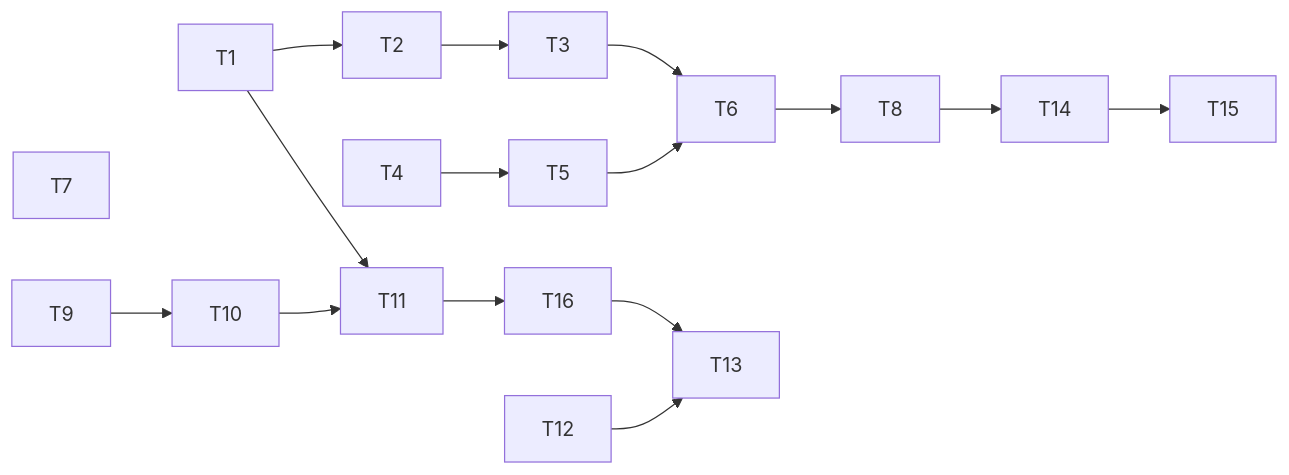
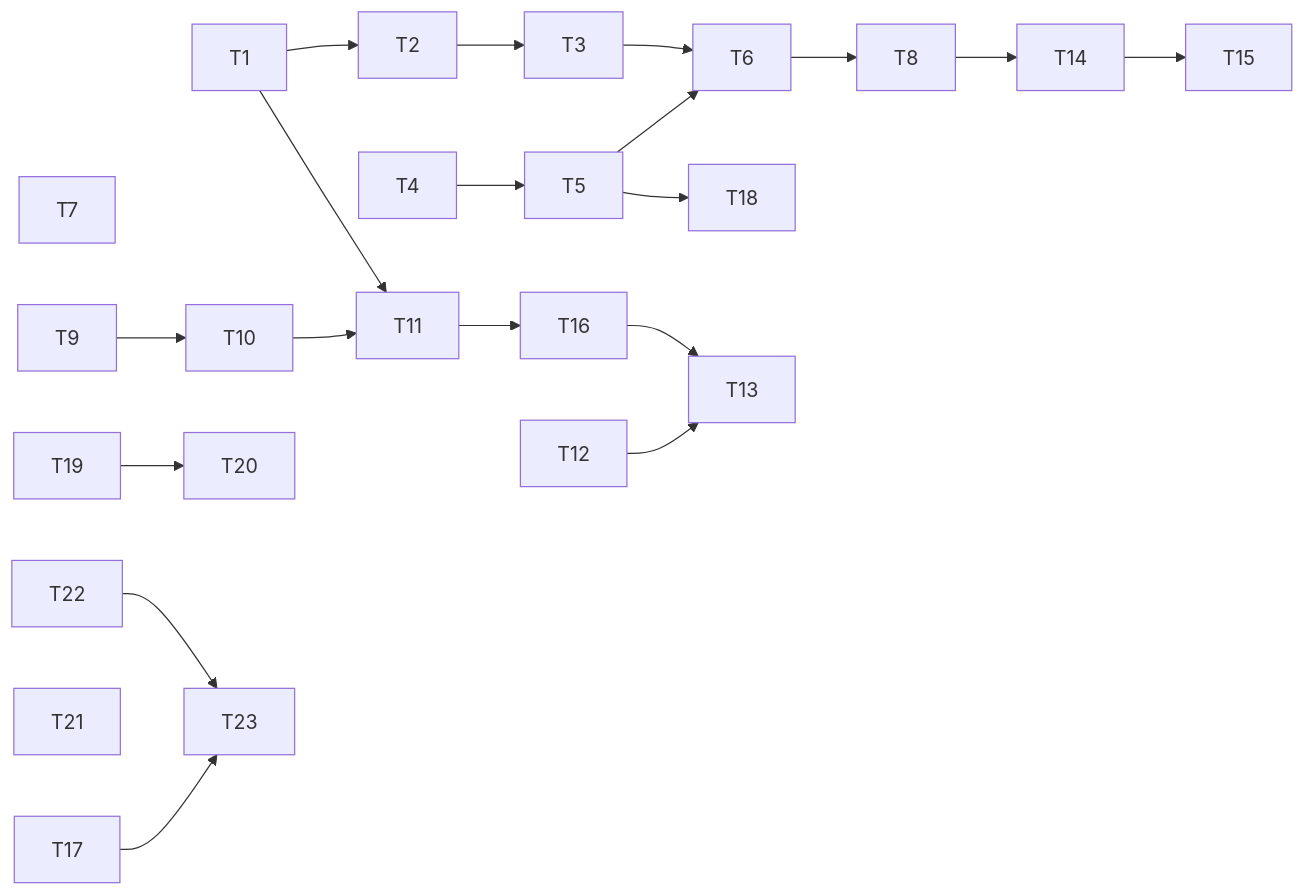
One commit to liaden/lain changed the diagram in planning/specs/nyotes-trial-fixes.md. Above: the diagram before and after it, drawn with Mermaid. The commit also changed other lines of this file, not shown here.

````diff
--- a/planning/specs/nyotes-trial-fixes.md
+++ b/planning/specs/nyotes-trial-fixes.md
@@ -86,10 +99,16 @@
 ```mermaid
 flowchart LR
   T1 --> T2 --> T3 --> T6
   T4 --> T5 --> T6
   T6 --> T8 --> T14 --> T15
   T7
   T9 --> T10 --> T11 --> T16 --> T13
   T1 --> T11
   T12 --> T13
+  T17
+  T5 --> T18
+  T19 --> T20
+  T21
+  T22 --> T23
+  T17 --> T23
 ```
````
